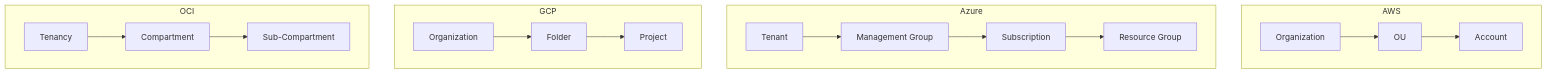
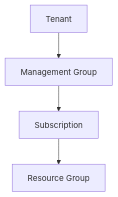
One commit to cloudpickr/cloudpick-docs changed the second of 4 diagrams in about-cloud/accounts-and-organizations.md. Above: the diagram before and after it, drawn with Mermaid. The commit also changed other lines of this file, not shown here.

Commit message:
docs: 계정 구조 다이어그램을 각 벤더 설명 앞에 개별 배치

````diff
--- a/about-cloud/accounts-and-organizations.md
+++ b/about-cloud/accounts-and-organizations.md
@@ -42,20 +61,6 @@
 ```mermaid
 graph TD
-    subgraph AWS
-    A1[Organization] --> A2[OU]
-    A2 --> A3[Account]
-    end
-    subgraph Azure
     B1[Tenant] --> B2[Management Group]
     B2 --> B3[Subscription]
     B3 --> B4[Resource Group]
-    end
-    subgraph GCP
-    C1[Organization] --> C2[Folder]
-    C2 --> C3[Project]
-    end
-    subgraph OCI
-    D1[Tenancy] --> D2[Compartment]
-    D2 --> D3[Sub-Compartment]
-    end
 ```
````
